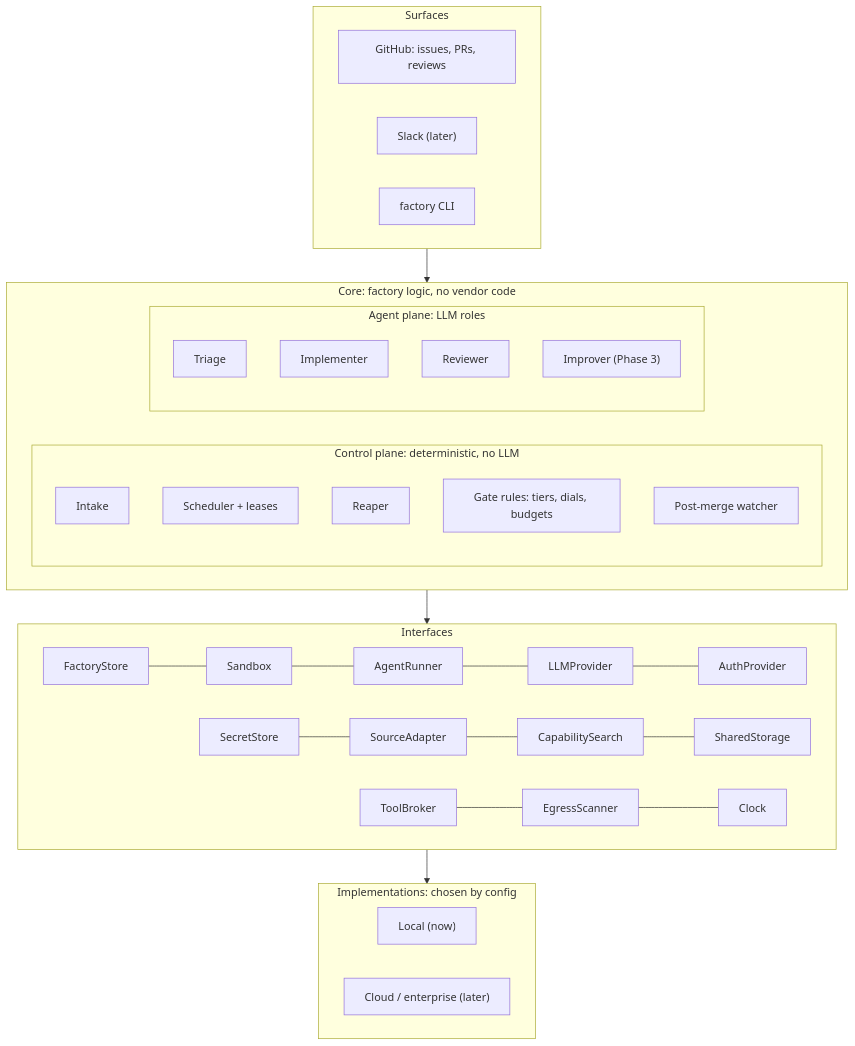
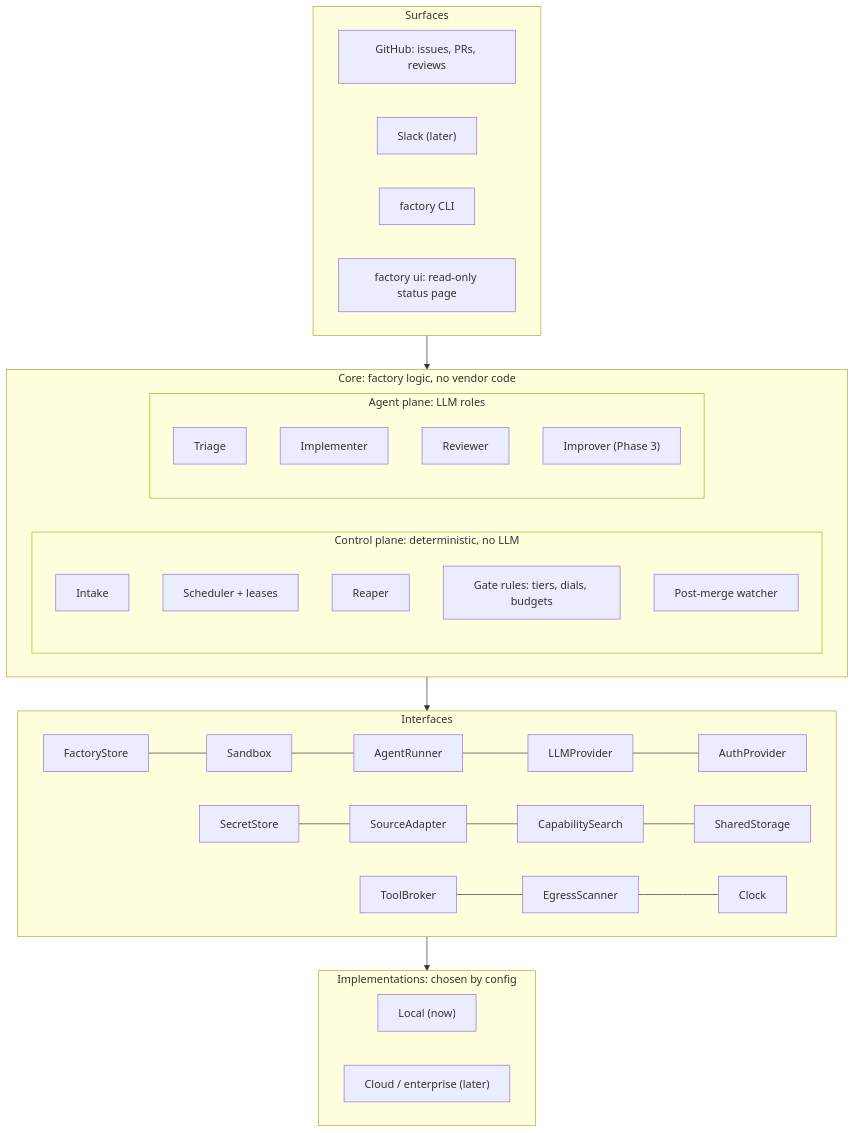
One commit to seonWKim/software-factory changed the first of 4 diagrams in docs/architecture.md. Above: the diagram before and after it, drawn with Mermaid. The commit also changed other lines of this file and 2 other files, not shown here.

Commit message:
docs: status page (new decision 2026-11-01: withhold-not-mask, title/started_at/finished_at)

````diff
--- a/docs/architecture.md
+++ b/docs/architecture.md
@@ -15,43 +15,44 @@
 ```mermaid
 graph TB
   subgraph SURF["Surfaces"]
     direction LR
     GH["GitHub: issues, PRs, reviews"]
     SL["Slack (later)"]
     CLI["factory CLI"]
+    UI["factory ui: read-only status page"]
   end
 
   subgraph CORE["Core: factory logic, no vendor code"]
     direction LR
     subgraph CP["Control plane: deterministic, no LLM"]
       direction TB
       IN["Intake"]
       MG["Scheduler + leases"]
       RP["Reaper"]
       GT["Gate rules: tiers, dials, budgets"]
       PM["Post-merge watcher"]
     end
     subgraph AP["Agent plane: LLM roles"]
       direction TB
       TR["Triage"]
       IM["Implementer"]
       RV["Reviewer"]
       IMP["Improver (Phase 3)"]
     end
   end
 
   subgraph IF["Interfaces"]
     direction LR
     I1["FactoryStore"] --- I2["Sandbox"] --- I3["AgentRunner"] --- I4["LLMProvider"] --- I5["AuthProvider"]
     I6["SecretStore"] --- I7["SourceAdapter"] --- I8["CapabilitySearch"] --- I9["SharedStorage"]
     I10["ToolBroker"] --- I11["EgressScanner"] --- I12["Clock"]
   end
 
   subgraph IMPL["Implementations: chosen by config"]
     direction LR
     LOC["Local (now)"]
     CLD["Cloud / enterprise (later)"]
   end
 
   SURF --> CORE --> IF --> IMPL
 ```
````
